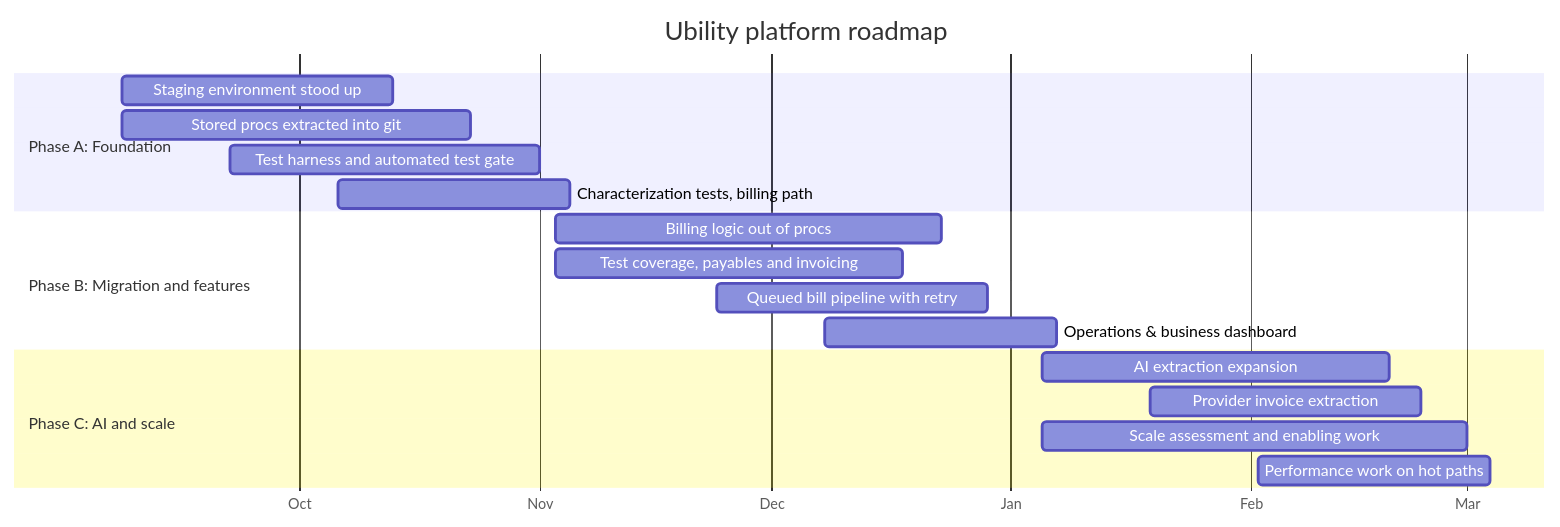
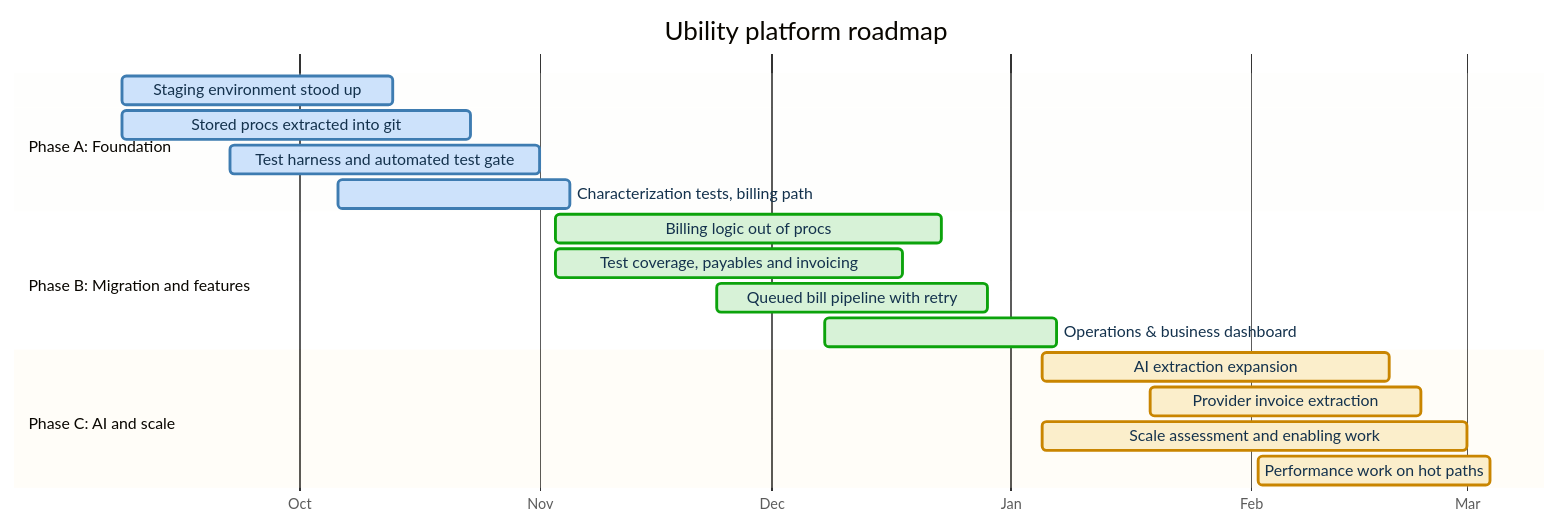
The third of 3 diagrams in docs/projects/ubility-partnership-proposal.md (keystone-software-systems/keystone-web), drawn with Mermaid before and after one commit. The commit also changed other lines of this file, not shown here.

Commit message:
style: color the Gantt chart, remove per-phase price column
Gantt: mermaid flowchart-style per-node color doesn't apply to gantt
charts, so used the %%{init}%% theme block plus :crit / :active task
tags to give each phase its own color, consistent with the palette
already used in the two architecture diagrams (Phase A foundation in
blue, Phase B migration/features in green, Phase C default in gold).

Pricing: dropped the repeated $34,000-per-phase column from the
Option 1 table. Three stacked large numbers reads as three separate
big invoices when the actual mechanism is $17k/month; the total now
appears once, softly, next to the monthly figure instead.

````diff
--- a/docs/projects/ubility-partnership-proposal.md
+++ b/docs/projects/ubility-partnership-proposal.md
@@ -188,24 +188,39 @@
 ```mermaid
+%%{init: {'theme': 'base', 'themeVariables': {
+    'critBkgColor': '#cde2fb',
+    'critBorderColor': '#3E7CB1',
+    'activeTaskBkgColor': '#d7f2d7',
+    'activeTaskBorderColor': '#0ca30c',
+    'taskBkgColor': '#fbeecb',
+    'taskBorderColor': '#c98500',
+    'taskTextColor': '#14324D',
+    'taskTextOutsideColor': '#14324D',
+    'taskTextDarkColor': '#14324D',
+    'sectionBkgColor': '#f7f7f5',
+    'altSectionBkgColor': '#ffffff',
+    'gridColor': '#e1e0d9',
+    'todayLineColor': '#d03b3b'
+}}}%%
 gantt
     title Ubility platform roadmap
     dateFormat YYYY-MM-DD
     axisFormat %b
 
     section Phase A: Foundation
-    Staging environment stood up           :a1, 2026-09-08, 35d
-    Stored procs extracted into git        :a2, 2026-09-08, 45d
-    Test harness and automated test gate    :a3, 2026-09-22, 40d
-    Characterization tests, billing path   :a4, 2026-10-06, 30d
+    Staging environment stood up           :crit, a1, 2026-09-08, 35d
+    Stored procs extracted into git        :crit, a2, 2026-09-08, 45d
+    Test harness and automated test gate   :crit, a3, 2026-09-22, 40d
+    Characterization tests, billing path   :crit, a4, 2026-10-06, 30d
 
     section Phase B: Migration and features
-    Billing logic out of procs             :b1, 2026-11-03, 50d
-    Test coverage, payables and invoicing  :b2, 2026-11-03, 45d
-    Queued bill pipeline with retry        :b3, 2026-11-24, 35d
-    Operations & business dashboard        :b4, 2026-12-08, 30d
+    Billing logic out of procs             :active, b1, 2026-11-03, 50d
+    Test coverage, payables and invoicing  :active, b2, 2026-11-03, 45d
+    Queued bill pipeline with retry        :active, b3, 2026-11-24, 35d
+    Operations & business dashboard        :active, b4, 2026-12-08, 30d
 
     section Phase C: AI and scale
     AI extraction expansion                :c1, 2027-01-05, 45d
     Provider invoice extraction            :c2, 2027-01-19, 35d
     Scale assessment and enabling work     :c3, 2027-01-05, 55d
     Performance work on hot paths          :c4, 2027-02-02, 30d
 ```
````
